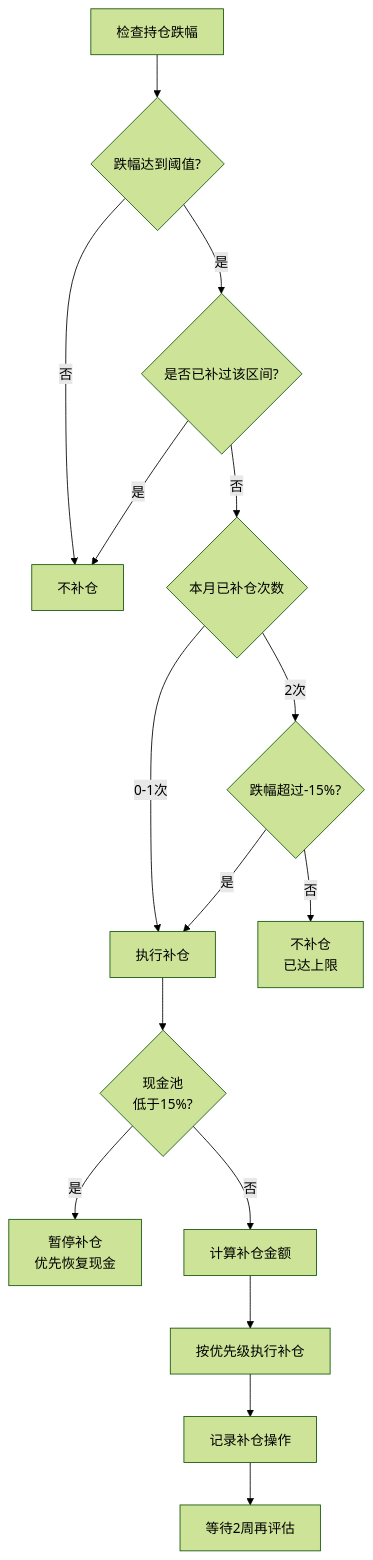
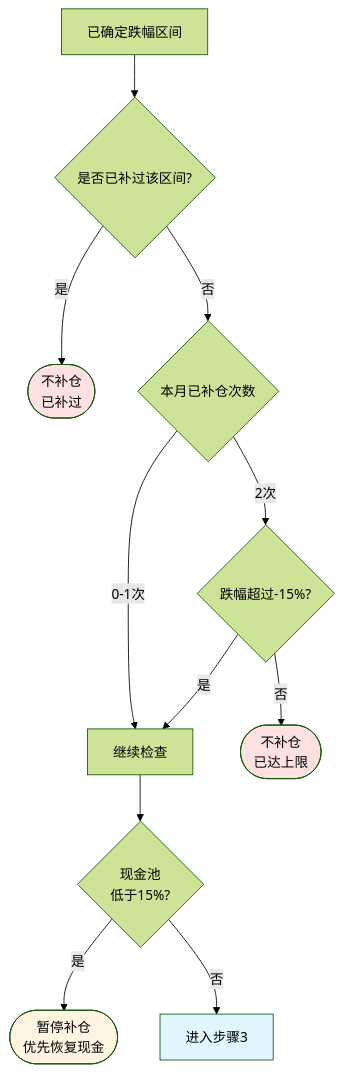
Before and after one commit to helloAhao096/helloahao096.github.io: the third of 4 diagrams in docs/posts/千帆财富自由计划.md, drawn with Mermaid (forest theme). The commit also changed other lines of this file and 1 other file, not shown here.

````diff
--- a/docs/posts/千帆财富自由计划.md
+++ b/docs/posts/千帆财富自由计划.md
@@ -86,18 +163,18 @@
 ```mermaid
 flowchart TD
-    A[检查持仓跌幅] --> B{跌幅达到阈值?}
-    B -->|否| C[不补仓]
-    B -->|是| D{是否已补过该区间?}
-    D -->|是| C
-    D -->|否| E{本月已补仓次数}
-    E -->|0-1次| F[执行补仓]
-    E -->|2次| G{跌幅超过-15%?}
-    G -->|是| F
-    G -->|否| H[不补仓<br/>已达上限]
-    F --> I{现金池<br/>低于15%?}
-    I -->|是| J[暂停补仓<br/>优先恢复现金]
-    I -->|否| K[计算补仓金额]
-    K --> L[按优先级执行补仓]
-    L --> M[记录补仓操作]
-    M --> N[等待2周再评估]
+    A[已确定跌幅区间] --> B{是否已补过该区间?}
+    B -->|是| End1([不补仓<br/>已补过])
+    B -->|否| C{本月已补仓次数}
+    C -->|0-1次| D[继续检查]
+    C -->|2次| E{跌幅超过-15%?}
+    E -->|是| D
+    E -->|否| End2([不补仓<br/>已达上限])
+    D --> F{现金池<br/>低于15%?}
+    F -->|是| End3([暂停补仓<br/>优先恢复现金])
+    F -->|否| Next[进入步骤3]
+    
+    style End1 fill:#ffe1e1
+    style End2 fill:#ffe1e1
+    style End3 fill:#fff4e1
+    style Next fill:#e1f5ff
 ```
````
